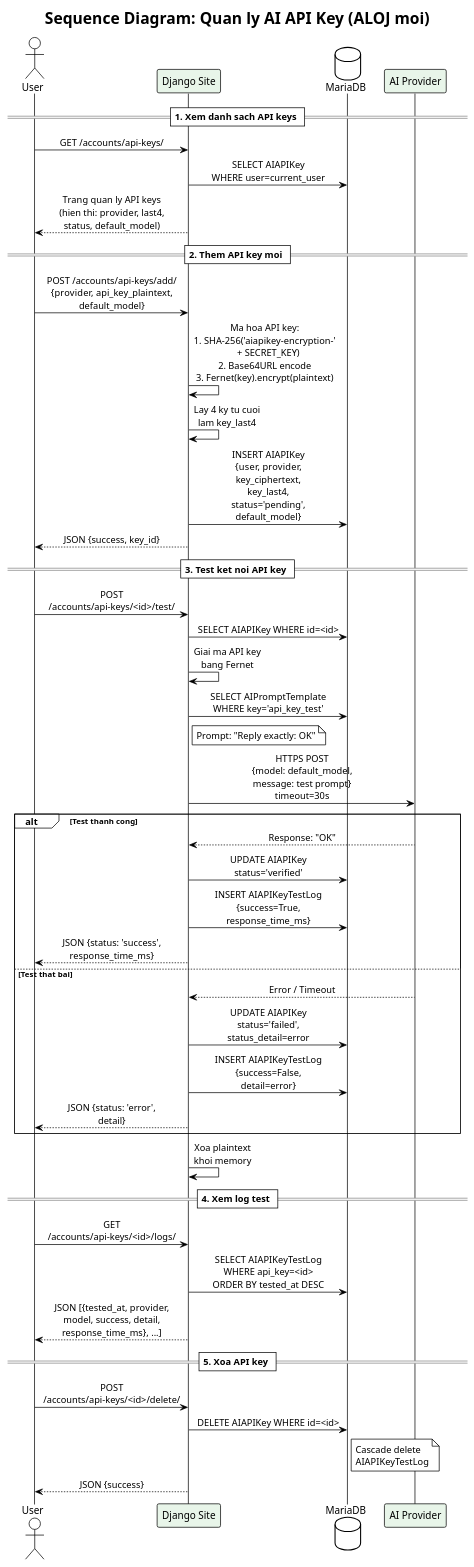
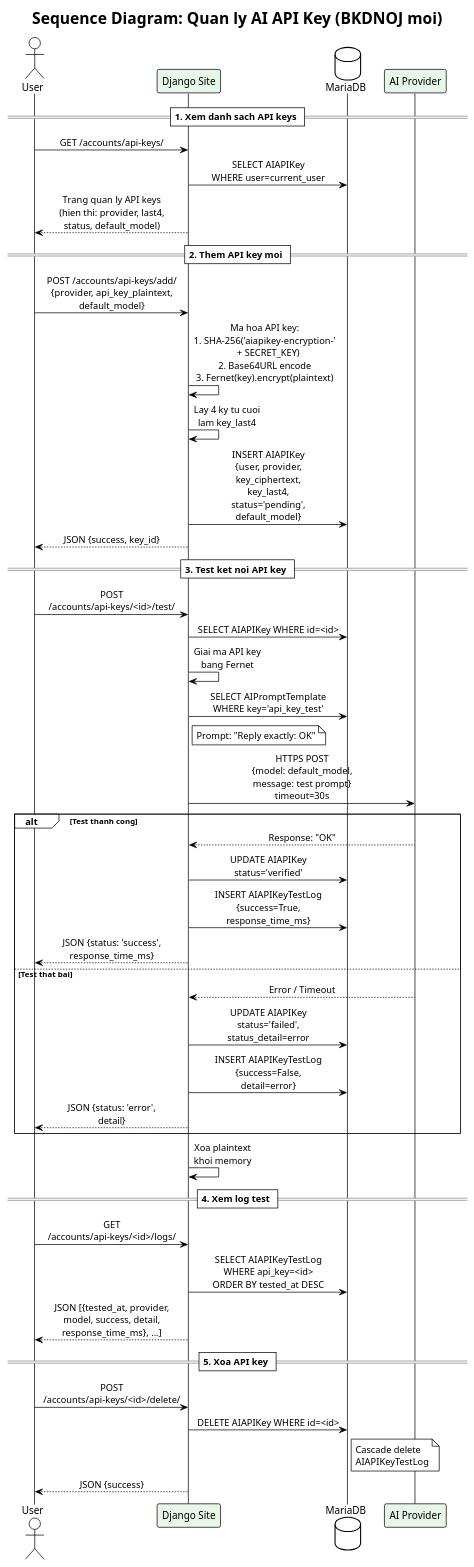
One commit to Algorit-loop/My-Online-Judge changed the diagram in document/gzx/11_sequence_api_key.puml. Above: the diagram before and after it, drawn with PlantUML. The commit also changed 44 other files, not shown here.

```diff
--- a/document/gzx/11_sequence_api_key.puml
+++ b/document/gzx/11_sequence_api_key.puml
@@ -1,67 +1,67 @@
 @startuml Sequence_API_Key
 !theme plain
 skinparam sequenceMessageAlign center
 skinparam maxMessageSize 200
 skinparam participant {
   BackgroundColor #E8F5E9
 }
 
-title Sequence Diagram: Quan ly AI API Key (ALOJ moi)
+title Sequence Diagram: Quan ly AI API Key (BKDNOJ moi)
 
 actor "User" as U
 participant "Django Site" as Site
 database "MariaDB" as DB
 participant "AI Provider" as AI
 
 == 1. Xem danh sach API keys ==
 U -> Site : GET /accounts/api-keys/
 Site -> DB : SELECT AIAPIKey\nWHERE user=current_user
 Site --> U : Trang quan ly API keys\n(hien thi: provider, last4,\nstatus, default_model)
 
 == 2. Them API key moi ==
 U -> Site : POST /accounts/api-keys/add/\n{provider, api_key_plaintext,\ndefault_model}
 
 Site -> Site : Ma hoa API key:\n1. SHA-256('aiapikey-encryption-'\n   + SECRET_KEY)\n2. Base64URL encode\n3. Fernet(key).encrypt(plaintext)
 Site -> Site : Lay 4 ky tu cuoi\nlam key_last4
 
 Site -> DB : INSERT AIAPIKey\n{user, provider,\nkey_ciphertext,\nkey_last4,\nstatus='pending',\ndefault_model}
 
 Site --> U : JSON {success, key_id}
 
 == 3. Test ket noi API key ==
 U -> Site : POST /accounts/api-keys/<id>/test/
 
 Site -> DB : SELECT AIAPIKey WHERE id=<id>
 Site -> Site : Giai ma API key\nbang Fernet
 
 Site -> DB : SELECT AIPromptTemplate\nWHERE key='api_key_test'
 note right of Site : Prompt: "Reply exactly: OK"
 
 Site -> AI : HTTPS POST\n{model: default_model,\nmessage: test prompt}\ntimeout=30s
 
 alt Test thanh cong
   AI --> Site : Response: "OK"
   Site -> DB : UPDATE AIAPIKey\nstatus='verified'
   Site -> DB : INSERT AIAPIKeyTestLog\n{success=True,\nresponse_time_ms}
   Site --> U : JSON {status: 'success',\nresponse_time_ms}
 else Test that bai
   AI --> Site : Error / Timeout
   Site -> DB : UPDATE AIAPIKey\nstatus='failed',\nstatus_detail=error
   Site -> DB : INSERT AIAPIKeyTestLog\n{success=False,\ndetail=error}
   Site --> U : JSON {status: 'error',\ndetail}
 end
 
 Site -> Site : Xoa plaintext\nkhoi memory
 
 == 4. Xem log test ==
 U -> Site : GET /accounts/api-keys/<id>/logs/
 Site -> DB : SELECT AIAPIKeyTestLog\nWHERE api_key=<id>\nORDER BY tested_at DESC
 Site --> U : JSON [{tested_at, provider,\nmodel, success, detail,\nresponse_time_ms}, ...]
 
 == 5. Xoa API key ==
 U -> Site : POST /accounts/api-keys/<id>/delete/
 Site -> DB : DELETE AIAPIKey WHERE id=<id>
 note right of DB : Cascade delete\nAIAPIKeyTestLog
 Site --> U : JSON {success}
 
 @enduml
```
